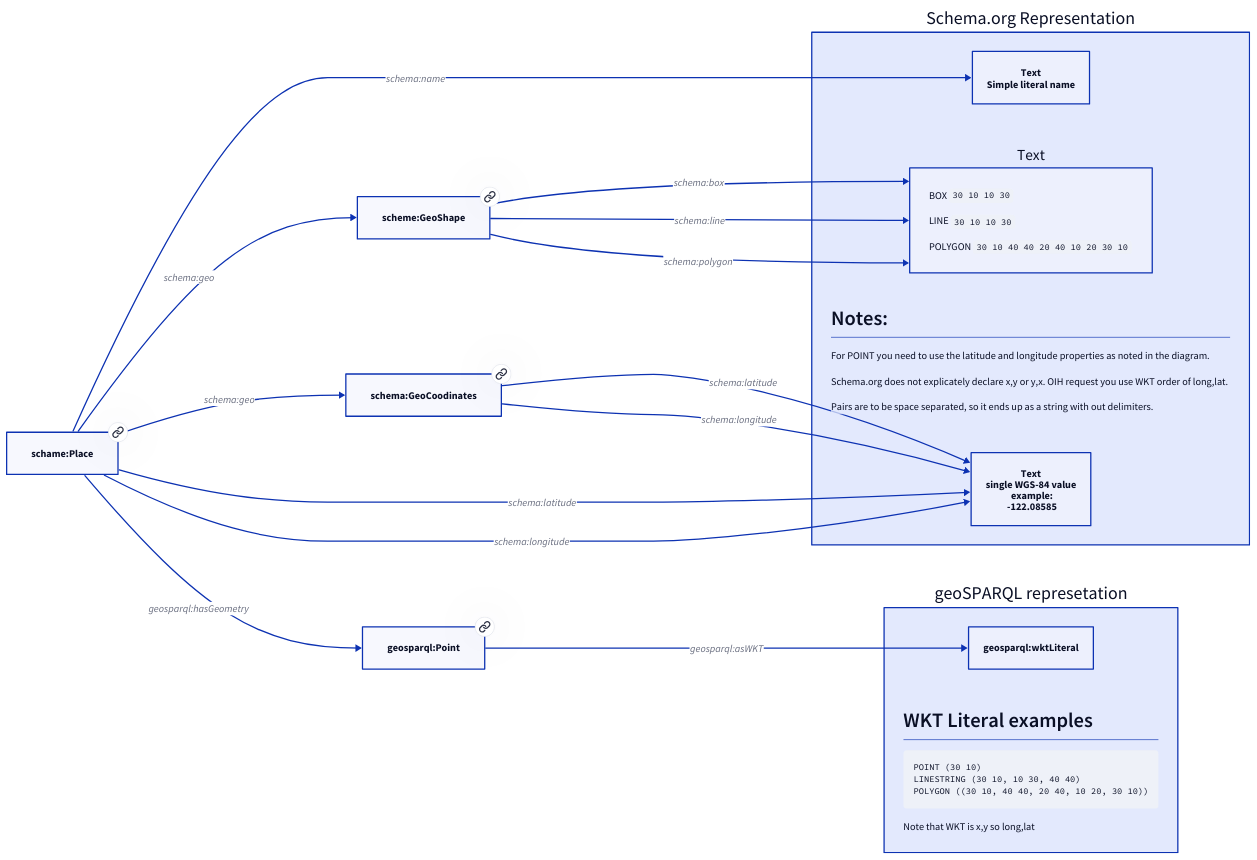
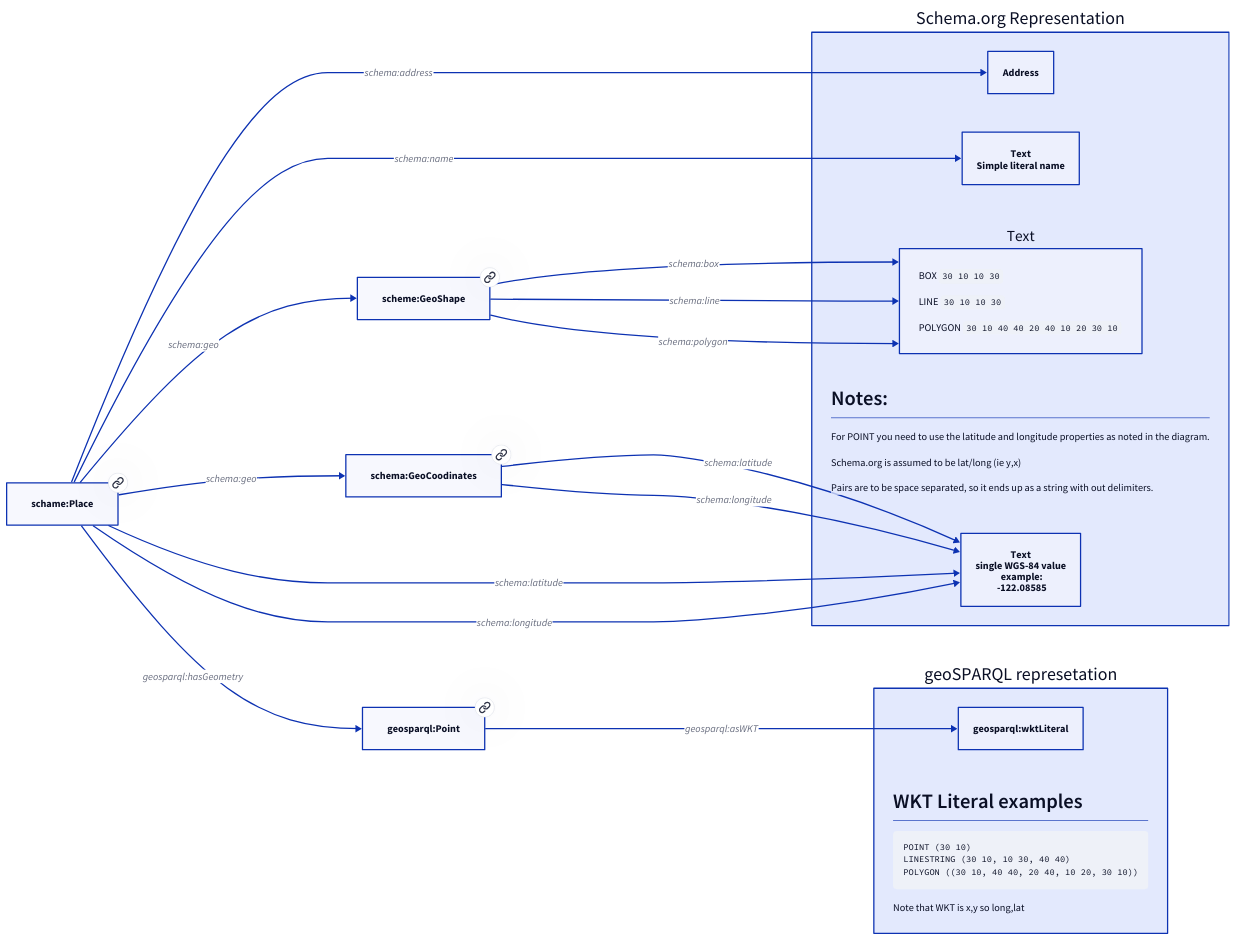
Before and after one commit to iodepo/odis-arch: the diagram in bookRev1/thematics/spatial/sdoPaths.d2, drawn with D2. The commit also changed 27 other files, not shown here.

````diff
--- a/bookRev1/thematics/spatial/sdoPaths.d2
+++ b/bookRev1/thematics/spatial/sdoPaths.d2
@@ -1,78 +1,80 @@
 direction: right
 
 P: schame:Place {
   link: https://schema.org/Place
 }
 
 GS: scheme:GeoShape {
   link: https://schema.org/GeoShape
 }
 
 GC: schema:GeoCoodinates {
   link: https://schema.org/GeoCoordinates
 }
 
 
 
 srep: Schema.org Representation {
+ad: Address
     t0: Text\nSimple literal name 
     t1: Text { note: |md 
 BOX ``` 30 10 10 30 ```
 
 LINE ``` 30 10 10 30 ```
 
 POLYGON ``` 30 10 40 40 20 40 10 20 30 10 ``` | }
 
 note2: |md
 
 # Notes:
 
 For POINT you need to use the latitude and longitude properties as noted in the diagram.
 
-Schema.org does not explicately declare x,y or y,x.  OIH request you use WKT order of long,lat.
+Schema.org is assumed to be lat/long (ie y,x)
 
 Pairs are to be space separated, so it ends up as a string with out delimiters.
 |
 
     t2: Text\nsingle WGS-84 value\n example:\n -122.08585 
 }
 
+p -> srep.ad: schema:address
 P -> srep.t0: schema:name
 
 P -> GS: schema:geo
 P -> GC: schema:geo
 
 GS -> srep.t1: schema:box
 GS -> srep.t1: schema:line
 GS -> srep.t1: schema:polygon
 
 GC -> srep.t2: schema:latitude
 GC -> srep.t2: schema:longitude
 
 P -> srep.t2: schema:latitude
 P -> srep.t2: schema:longitude
 
 gsP: geosparql:Point {
    link: https://github.com/opengeospatial/ogc-geosparql
 }
 
 grep: geoSPARQL represetation {
 gswkt: geosparql:wktLiteral
 
 note1: |md
 
 # WKT Literal examples
 
 ```
 POINT (30 10) 
 LINESTRING (30 10, 10 30, 40 40)
 POLYGON ((30 10, 40 40, 20 40, 10 20, 30 10))
 ```
 
-Note that WKT is x,y so long,lat
+Note that WKT is x,y  so long,lat
 |
 
 }
 
 P -> gsP: geosparql:hasGeometry
 gsP -> grep.gswkt: geosparql:asWKT
````
